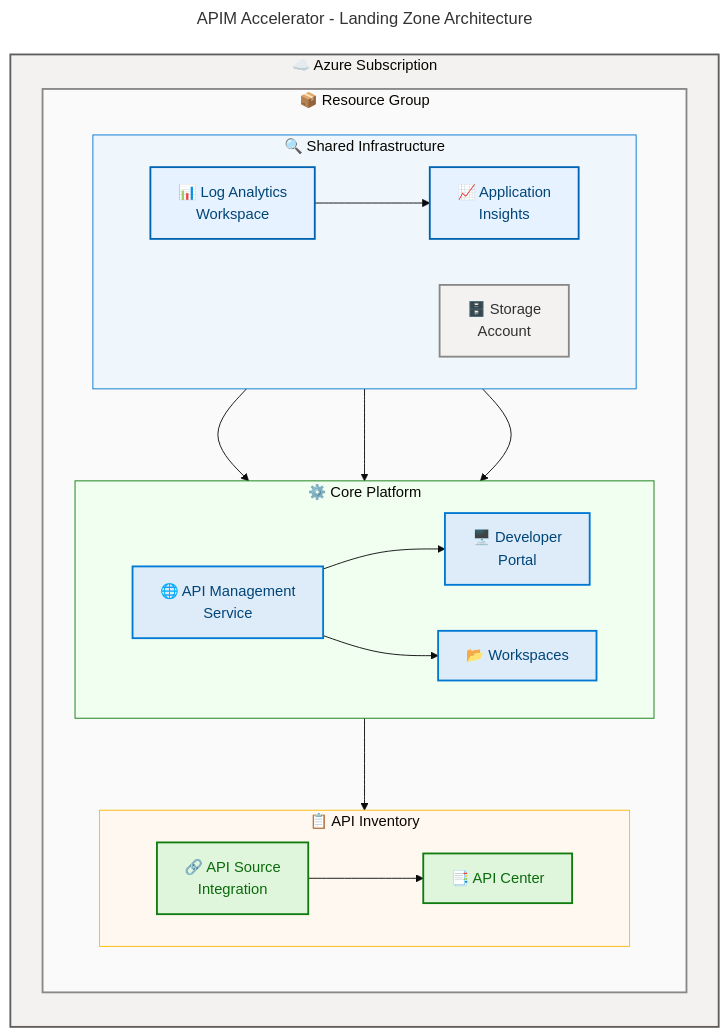
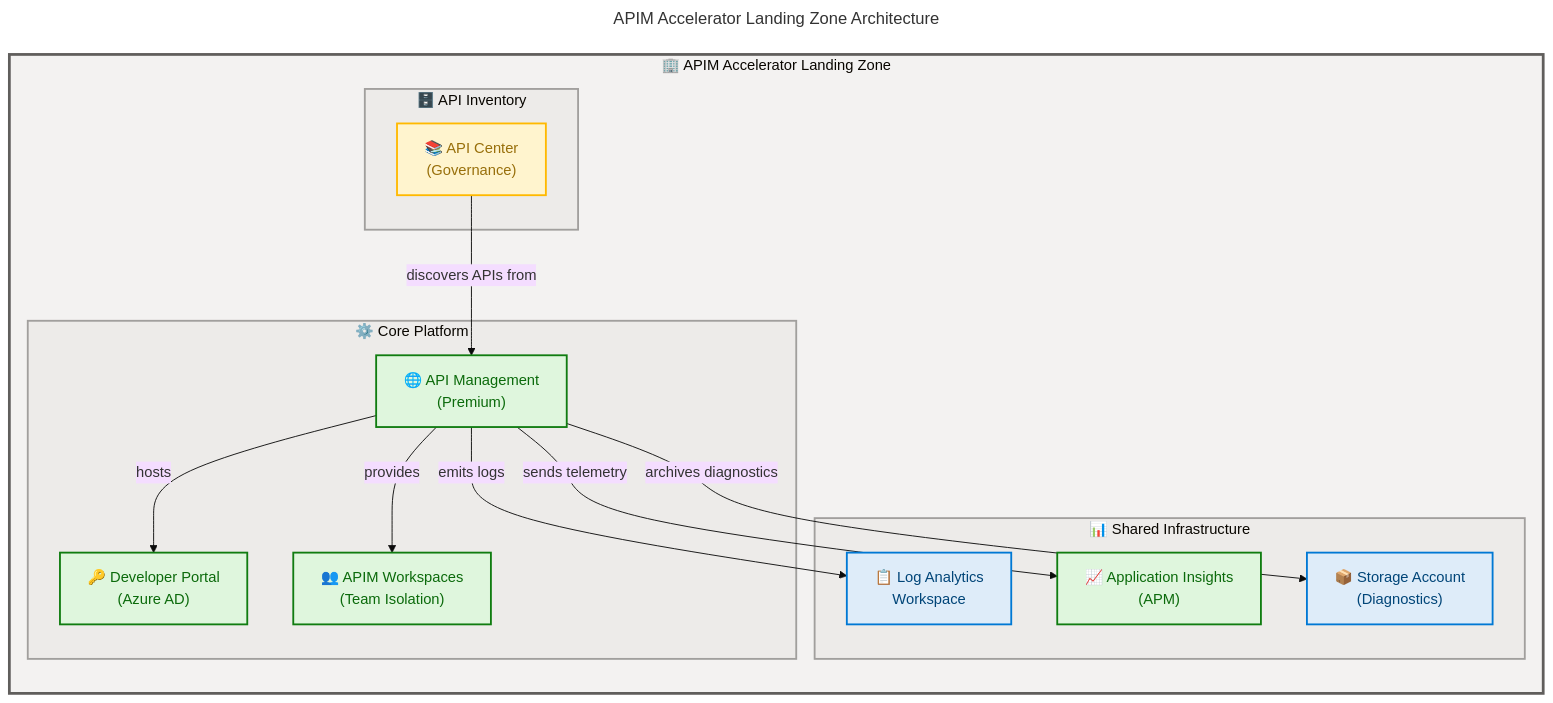
Before and after one commit to Evilazaro/APIM-Accelerator: the diagram in README.md, drawn with Mermaid. The commit also changed other lines of this file, not shown here.

````diff
--- a/README.md
+++ b/README.md
@@ -38,62 +36,62 @@
 ```mermaid
 ---
-title: "APIM Accelerator - Landing Zone Architecture"
+title: APIM Accelerator Landing Zone Architecture
 config:
   theme: base
   look: classic
   layout: dagre
   flowchart:
     htmlLabels: true
 ---
 flowchart TB
     accTitle: APIM Accelerator Landing Zone Architecture
-    accDescr: Shows the 3-tier deployment architecture with shared monitoring, core API Management platform, and API inventory components deployed into a single resource group
+    accDescr: Shows the 3-tier deployment of shared monitoring, core API Management platform, and API inventory within a single Azure resource group
 
-    subgraph subscription["☁️ Azure Subscription"]
+    %% AZURE / FLUENT v1.1
+    %% PHASE 1 - STRUCTURAL: Direction explicit, flat topology, nesting ≤ 3
+    %% PHASE 2 - SEMANTIC: Colors justified, max 5 semantic classes, neutral-first
+    %% PHASE 3 - FONT: Dark text on light backgrounds, contrast ≥ 4.5:1
+    %% PHASE 4 - ACCESSIBILITY: accTitle/accDescr present, icons on all nodes
+    %% PHASE 5 - STANDARD: Governance block present, classDefs centralized
+    %% ═══════════════════════════════════════════════════════════════════════════
+
+    subgraph landingZone["🏢 APIM Accelerator Landing Zone"]
         direction TB
 
-        subgraph rg["📦 Resource Group"]
-            direction TB
+        subgraph sharedInfra["📊 Shared Infrastructure"]
+            law["📋 Log Analytics<br/>Workspace"]:::core
+            storage["📦 Storage Account<br/>(Diagnostics)"]:::core
+            appInsights["📈 Application Insights<br/>(APM)"]:::success
+        end
 
-            subgraph shared["🔍 Shared Infrastructure"]
-                direction LR
-                law["📊 Log Analytics\nWorkspace"]:::core
-                ai["📈 Application\nInsights"]:::core
-                sa["🗄️ Storage\nAccount"]:::data
-            end
+        subgraph corePlatform["⚙️ Core Platform"]
+            apim["🌐 API Management<br/>(Premium)"]:::success
+            devPortal["🔑 Developer Portal<br/>(Azure AD)"]:::success
+            workspaces["👥 APIM Workspaces<br/>(Team Isolation)"]:::success
+        end
 
-            subgraph core["⚙️ Core Platform"]
-                direction LR
-                apim["🌐 API Management\nService"]:::primary
-                portal["🖥️ Developer\nPortal"]:::primary
-                ws["📂 Workspaces"]:::primary
-            end
+        subgraph apiInventory["🗄️ API Inventory"]
+            apiCenter["📚 API Center<br/>(Governance)"]:::warning
+        end
 
-            subgraph inventory["📋 API Inventory"]
-                direction LR
-                apicenter["📑 API Center"]:::success
-                apisource["🔗 API Source\nIntegration"]:::success
-            end
-        end
+        apim -->|"emits logs"| law
+        apim -->|"sends telemetry"| appInsights
+        apim -->|"archives diagnostics"| storage
+        apim -->|"hosts"| devPortal
+        apim -->|"provides"| workspaces
+        apiCenter -->|"discovers APIs from"| apim
     end
 
-    law --> ai
-    ai --> apim
-    sa --> apim
-    law --> apim
-    apim --> portal
-    apim --> ws
-    apim --> apisource
-    apisource --> apicenter
+    %% SUBGRAPH STYLING (4 subgraphs = 4 style directives)
+    style landingZone fill:#F3F2F1,stroke:#605E5C,stroke-width:3px
+    style sharedInfra fill:#EDEBE9,stroke:#A19F9D,stroke-width:2px
+    style corePlatform fill:#EDEBE9,stroke:#A19F9D,stroke-width:2px
+    style apiInventory fill:#EDEBE9,stroke:#A19F9D,stroke-width:2px
 
-    style subscription fill:#F3F2F1,stroke:#605E5C,stroke-width:2px
-    style rg fill:#FAFAFA,stroke:#8A8886,stroke-width:2px
-    style shared fill:#EFF6FC,stroke:#0078D4,stroke-width:1px
-    style core fill:#F0FFF0,stroke:#107C10,stroke-width:1px
-    style inventory fill:#FFF8F0,stroke:#FFB900,stroke-width:1px
+    %% Centralized semantic classDefs (Phase 5 compliant)
+    classDef core fill:#DEECF9,stroke:#0078D4,stroke-width:2px,color:#004578
+    classDef success fill:#DFF6DD,stroke:#107C10,stroke-width:2px,color:#0B6A0B
+    classDef warning fill:#FFF4CE,stroke:#FFB900,stroke-width:2px,color:#986F0B
 
-    classDef primary fill:#DEECF9,stroke:#0078D4,stroke-width:2px,color:#004578
-    classDef core fill:#E6F2FF,stroke:#0063B1,stroke-width:2px,color:#004578
-    classDef success fill:#DFF6DD,stroke:#107C10,stroke-width:2px,color:#0B6A0B
-    classDef data fill:#F3F2F1,stroke:#8A8886,stroke-width:2px,color:#323130
+    %% Accessibility: WCAG AA verified (4.5:1 contrast ratio)
 ```
````
